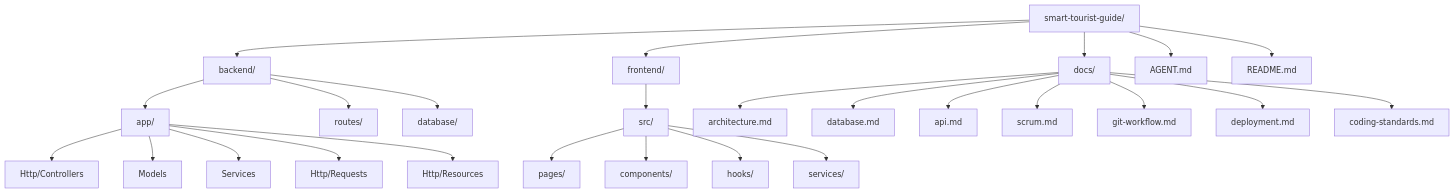
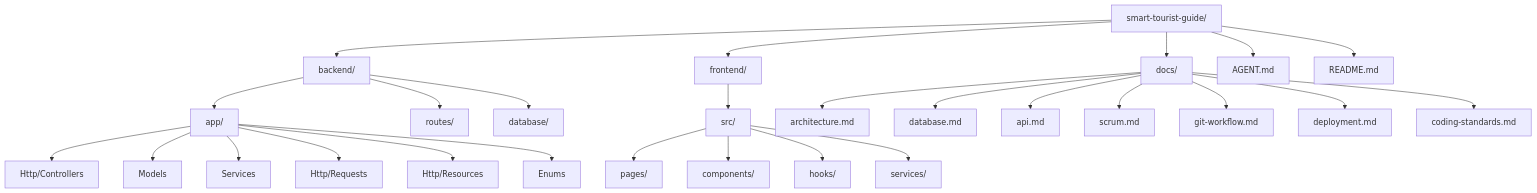
One commit to Abdlatifbnchihk/Smart-Tourist-Guide changed the diagram in docs/Architecture.md. Above: the diagram before and after it, drawn with Mermaid. The commit also changed other lines of this file and 6 other files, not shown here.

````diff
--- a/docs/Architecture.md
+++ b/docs/Architecture.md
@@ -166,31 +170,32 @@
 ```mermaid
 graph TD
     ROOT[smart-tourist-guide/] --> BACKEND[backend/]
     ROOT --> FRONTEND[frontend/]
     ROOT --> DOCS[docs/]
     ROOT --> AGENT[AGENT.md]
     ROOT --> README[README.md]
 
     BACKEND --> APP[app/]
     BACKEND --> ROUTES[routes/]
     BACKEND --> DBFOLDER[database/]
     APP --> CONTROLLERS[Http/Controllers]
     APP --> MODELS[Models]
     APP --> SERVICES[Services]
     APP --> REQUESTS[Http/Requests]
     APP --> RESOURCES[Http/Resources]
+    APP --> ENUMS[Enums]
 
     FRONTEND --> SRC[src/]
     SRC --> PAGES[pages/]
     SRC --> COMPONENTS[components/]
     SRC --> HOOKS[hooks/]
     SRC --> FSERVICES[services/]
 
     DOCS --> D1[architecture.md]
     DOCS --> D2[database.md]
     DOCS --> D3[api.md]
     DOCS --> D4[scrum.md]
     DOCS --> D5[git-workflow.md]
     DOCS --> D6[deployment.md]
     DOCS --> D7[coding-standards.md]
 ```
````
